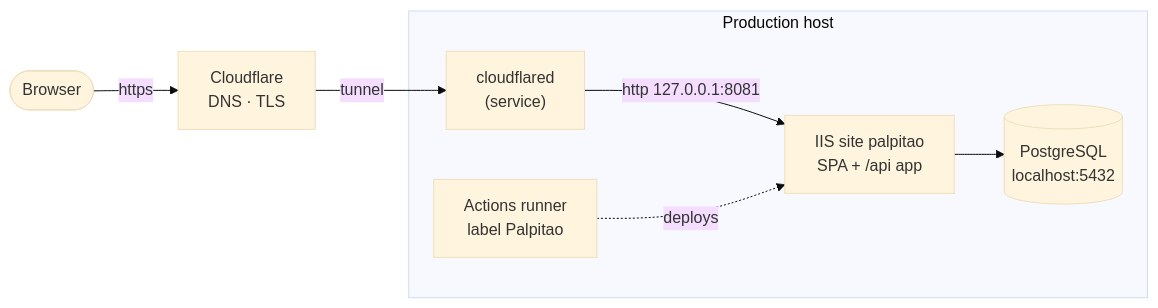
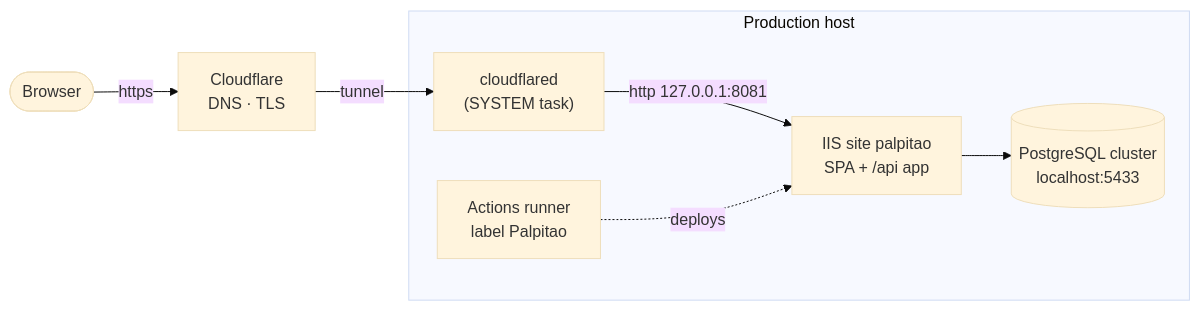
The second of 2 diagrams in docs/operations.md (oliviobecker/palpitaoapp), drawn with Mermaid (base theme) before and after one commit. The commit also changed other lines of this file, not shown here.

````diff
--- a/docs/operations.md
+++ b/docs/operations.md
@@ -54,10 +55,10 @@
 ```mermaid
 flowchart LR
     browser(["Browser"]) -- "https" --> cf["Cloudflare<br/>DNS · TLS"]
-    cf -- tunnel --> cfd["cloudflared<br/>(service)"]
+    cf -- tunnel --> cfd["cloudflared<br/>(SYSTEM task)"]
     subgraph pc["Production host"]
         cfd -- "http 127.0.0.1:8081" --> site["IIS site palpitao<br/>SPA + /api app"]
-        site --> pg[("PostgreSQL<br/>localhost:5432")]
+        site --> pg[("PostgreSQL cluster<br/>localhost:5433")]
         runner["Actions runner<br/>label Palpitao"] -. deploys .-> site
     end
 ```
````
